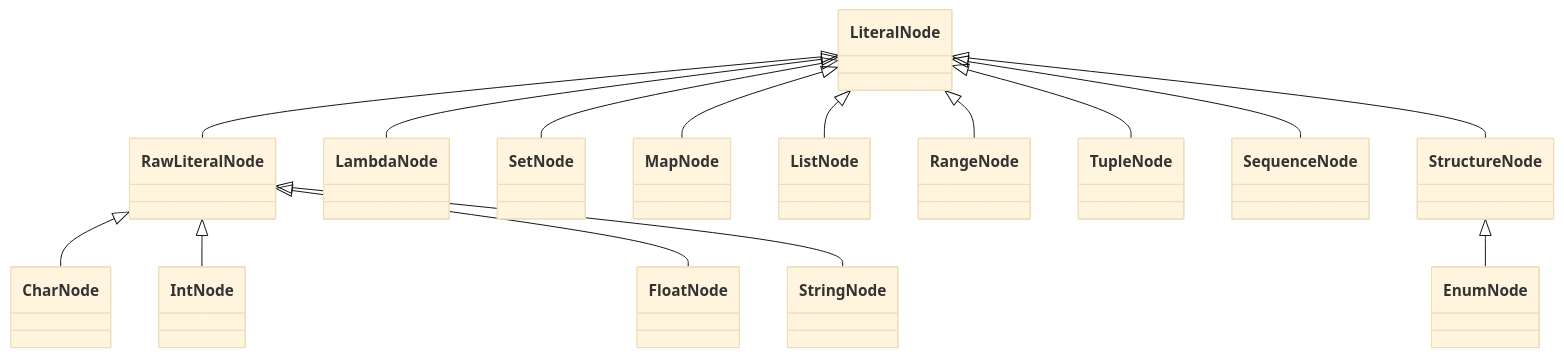
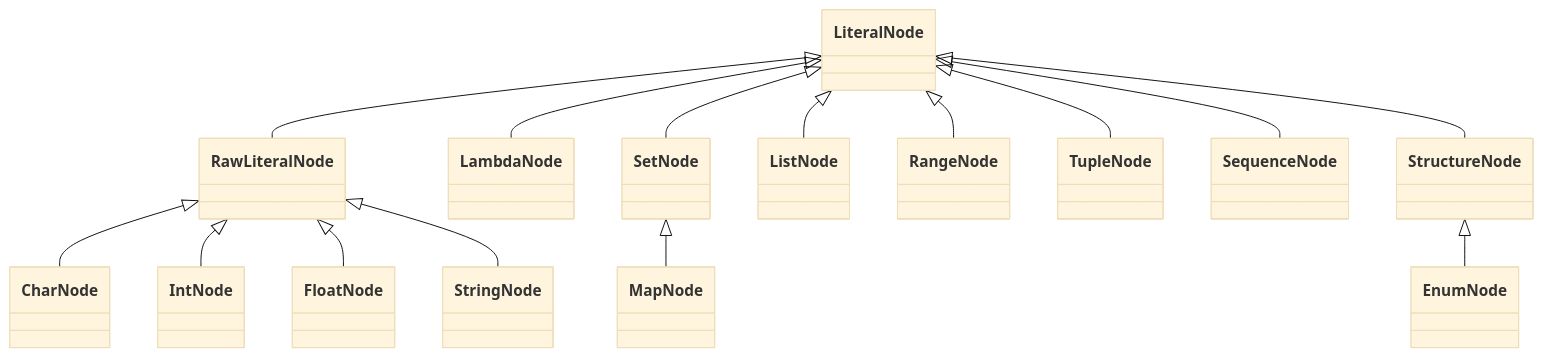
Before and after one commit to Jzhyang1/Monomer: the third of 4 diagrams in Implementation.md, drawn with Mermaid (base theme). The commit also changed other lines of this file, not shown here.

Commit message:
Implementation.md updated from https://stackedit.io/

````diff
--- a/Implementation.md
+++ b/Implementation.md
@@ -132,19 +132,20 @@
 ```mermaid
 classDiagram
 LiteralNode <|-- RawLiteralNode
 RawLiteralNode <|-- CharNode
 RawLiteralNode <|-- IntNode
 RawLiteralNode <|-- FloatNode
 RawLiteralNode <|-- StringNode
 
 LiteralNode <|-- LambdaNode
 LiteralNode <|-- SetNode
-LiteralNode <|-- MapNode
+SetNode <|-- MapNode
+
 LiteralNode <|-- ListNode
 LiteralNode <|-- RangeNode
 LiteralNode <|-- TupleNode
 LiteralNode <|-- SequenceNode
 LiteralNode <|-- StructureNode
 
 StructureNode <|-- EnumNode
 ```
````
